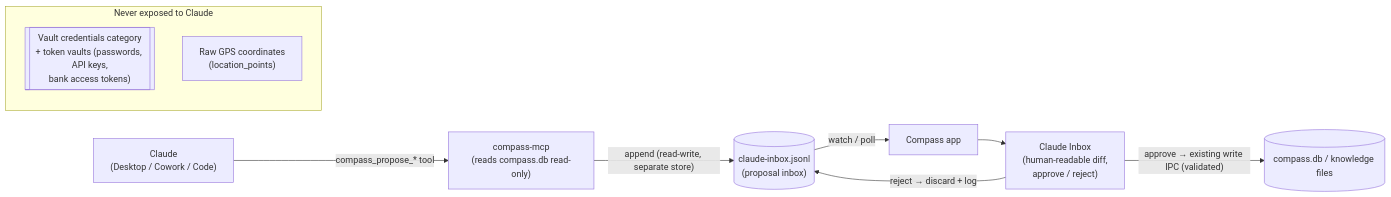
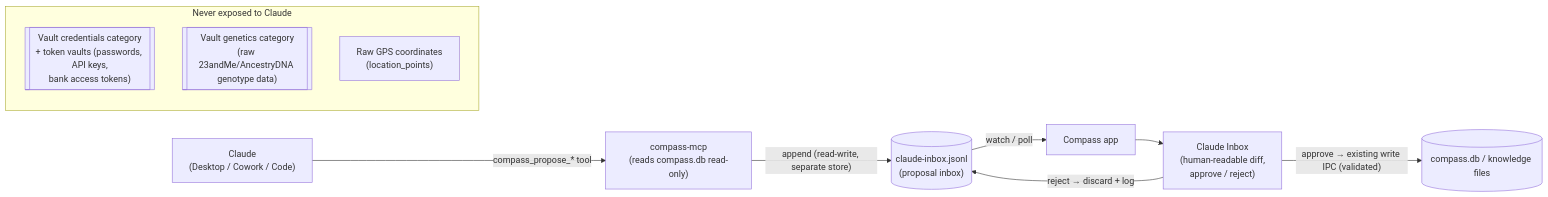
Before and after one commit to sandgraal/compass: the diagram in docs/claude-integration.md, drawn with Mermaid. The commit also changed other lines of this file and 11 other files, not shown here.

First line of the commit message:
feat: add genetics vault category for 23andMe/AncestryDNA raw data import

````diff
--- a/docs/claude-integration.md
+++ b/docs/claude-integration.md
@@ -31,13 +31,14 @@
 ```mermaid
 flowchart LR
   claude["Claude\n(Desktop / Cowork / Code)"] -->|"compass_propose_* tool"| mcp["compass-mcp\n(reads compass.db read-only)"]
   mcp -->|"append (read-write, separate store)"| q[("claude-inbox.jsonl\n(proposal inbox)")]
   q -->|"watch / poll"| app["Compass app"]
   app --> inbox["Claude Inbox\n(human-readable diff,\napprove / reject)"]
   inbox -->|"approve → existing write IPC (validated)"| db[("compass.db / knowledge files")]
   inbox -->|"reject → discard + log"| q
   subgraph excluded["Never exposed to Claude"]
     creds[["Vault credentials category\n+ token vaults (passwords, API keys,\nbank access tokens)"]]
+    dna[["Vault genetics category\n(raw 23andMe/AncestryDNA genotype data)"]]
     gps["Raw GPS coordinates\n(location_points)"]
   end
 ```
````
